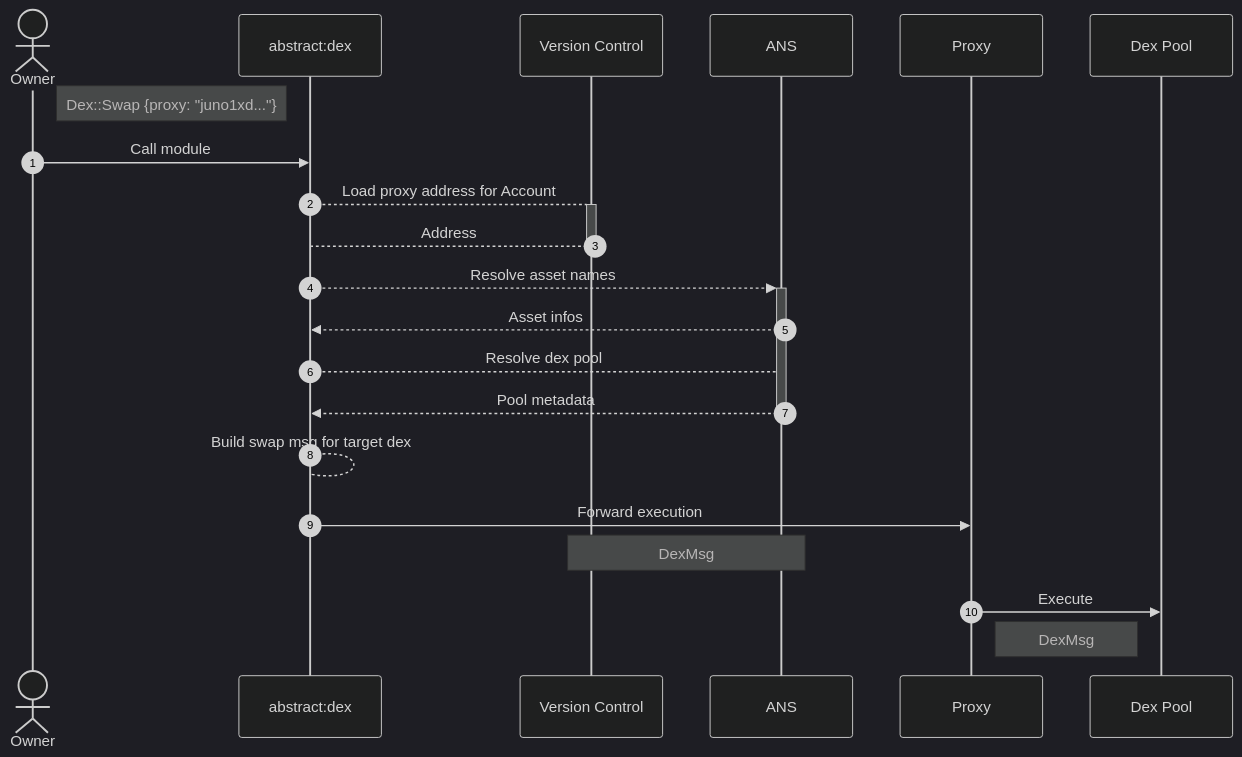
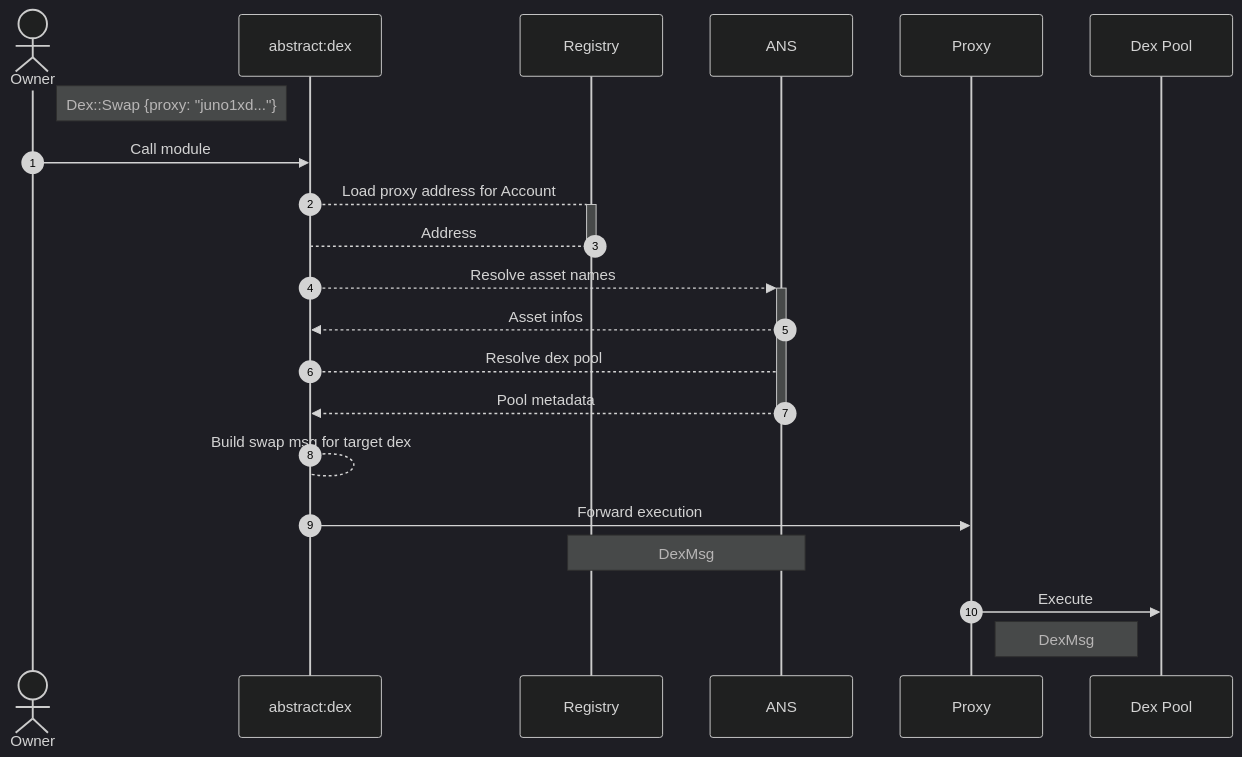
The fourth of 5 diagrams in framework/docs/src/5_platform/8_modules.md (AbstractSDK/abstract), drawn with Mermaid (dark theme) before and after one commit. The commit also changed other lines of this file and 14 other files, not shown here.

Commit message:
rename all references to version control to registry in docs

````diff
--- a/framework/docs/src/5_platform/8_modules.md
+++ b/framework/docs/src/5_platform/8_modules.md
@@ -127,23 +127,23 @@
 ```mermaid
 sequenceDiagram
     autonumber
     actor U as Owner
     participant D as abstract:dex
-    participant VC as Version Control
+    participant REG as Registry
     participant A as ANS
     participant P as Proxy
     participant T as Dex Pool
     Note right of U: Dex::Swap {proxy: "juno1xd..."}
     U ->> D: Call module
-    D -->+ VC: Load proxy address for Account
-    VC -->- D: Address
+    D -->+ REG: Load proxy address for Account
+    REG -->- D: Address
     D -->>+ A: Resolve asset names
     A -->> D: Asset infos
     D --> A: Resolve dex pool
     A -->>- D: Pool metadata
     D --> D: Build swap msg for target dex
     D ->> P: Forward execution
-    Note over VC, A: DexMsg
+    Note over REG, A: DexMsg
     P ->> T: Execute
     Note right of P: DexMsg
 ```
````
